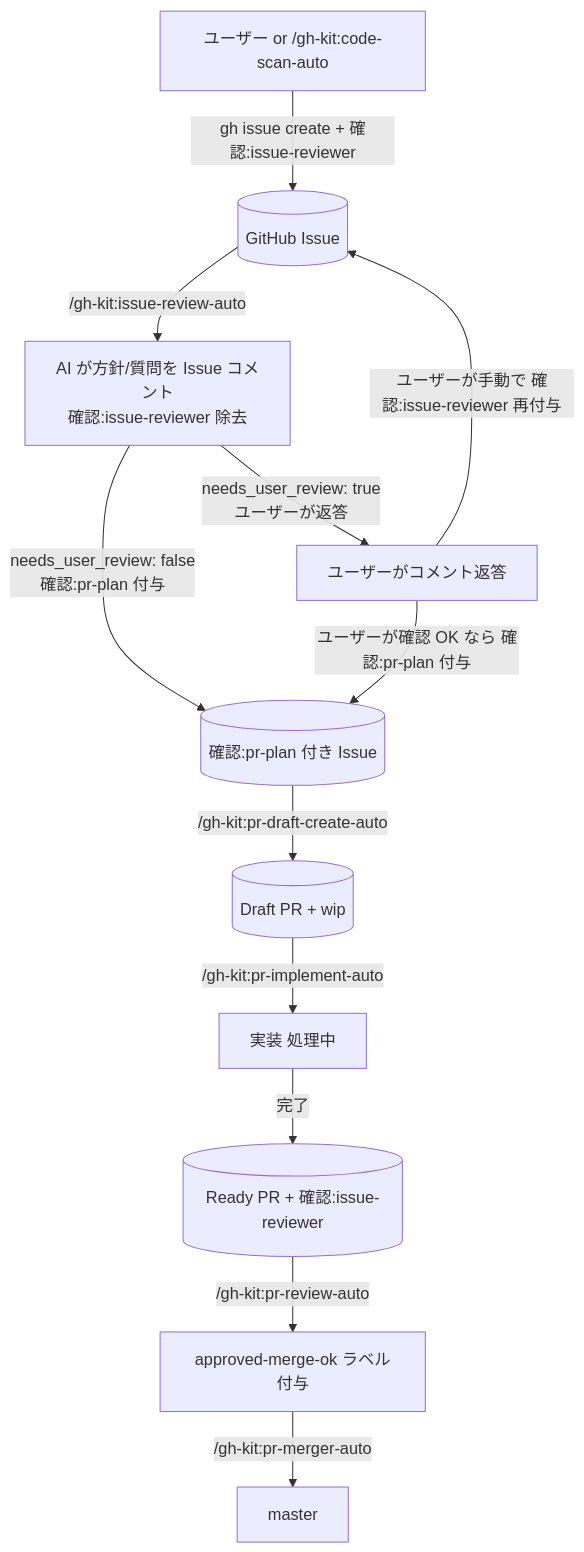
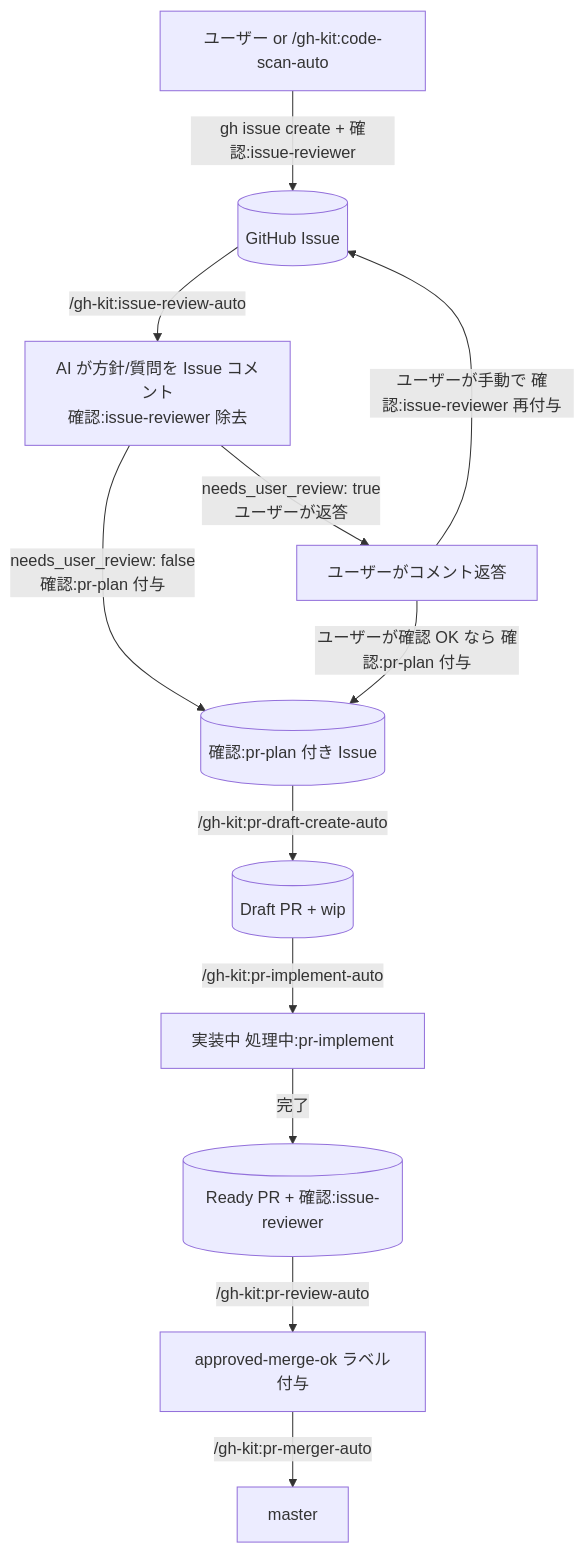
One commit to shuhei1101/my-plugins changed the diagram in plugins/gh-kit/CLAUDE.md. Above: the diagram before and after it, drawn with Mermaid. The commit also changed other lines of this file and 8 other files, not shown here.

First line of the commit message:
refactor: gh-kit v0.41: 単体「処理中」ラベルを廃止し各エージェント固有の処理中ラベルへ移行

````diff
--- a/plugins/gh-kit/CLAUDE.md
+++ b/plugins/gh-kit/CLAUDE.md
@@ -9,14 +9,14 @@
 ```mermaid
 flowchart TD
   U[ユーザー or /gh-kit:code-scan-auto] -->|gh issue create + 確認:issue-reviewer| Issue[(GitHub Issue)]
   Issue -->|/gh-kit:issue-review-auto| Review[AI が方針/質問を Issue コメント<br>確認:issue-reviewer 除去]
   Review -->|needs_user_review: false<br>確認:pr-plan 付与| PlanOK[(確認:pr-plan 付き Issue)]
   Review -->|needs_user_review: true<br>ユーザーが返答| UserReply[ユーザーがコメント返答]
   UserReply -->|ユーザーが手動で 確認:issue-reviewer 再付与| Issue
   UserReply -->|ユーザーが確認 OK なら 確認:pr-plan 付与| PlanOK
   PlanOK -->|/gh-kit:pr-draft-create-auto| WIP[(Draft PR + wip)]
-  WIP -->|/gh-kit:pr-implement-auto| Implementing[実装 処理中]
+  WIP -->|/gh-kit:pr-implement-auto| Implementing[実装中 処理中:pr-implement]
   Implementing -->|完了| NAR[(Ready PR + 確認:issue-reviewer)]
   NAR -->|/gh-kit:pr-review-auto| Reviewed[approved-merge-ok ラベル付与]
   Reviewed -->|/gh-kit:pr-merger-auto| Merged[master]
 ```
````
